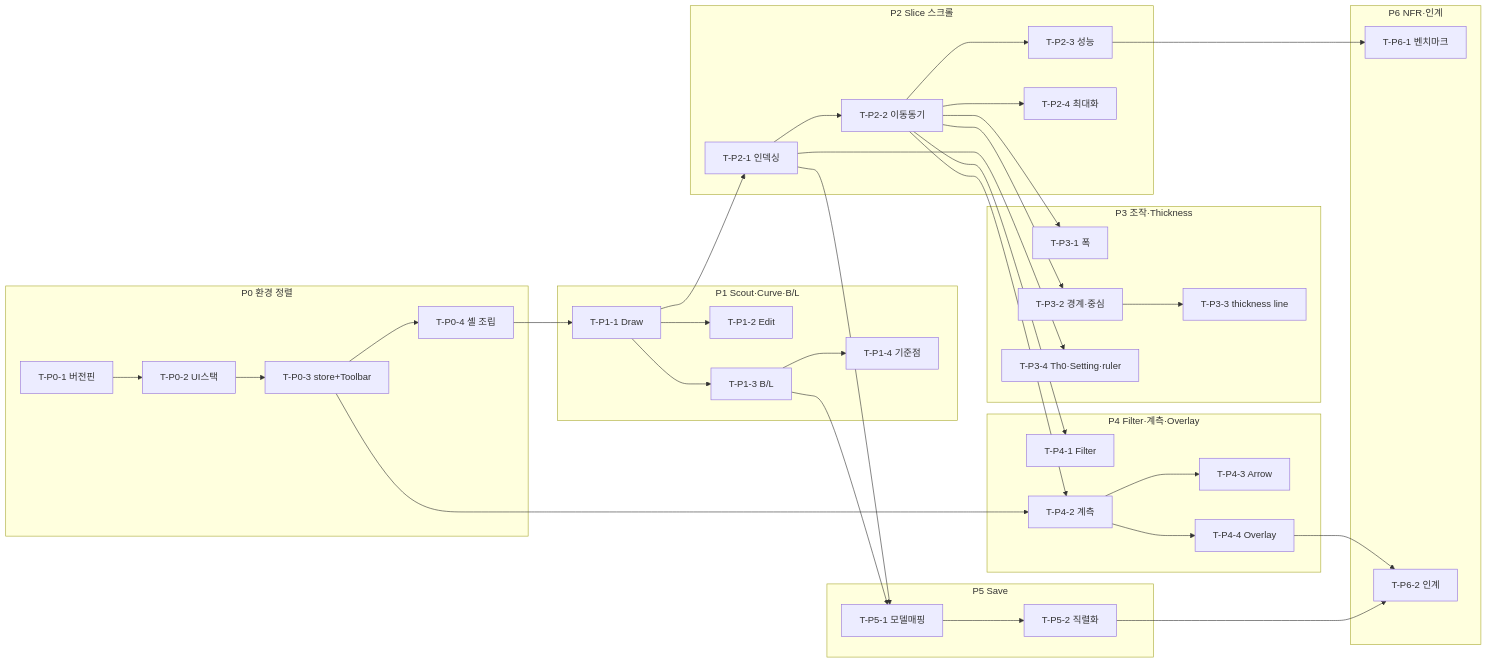
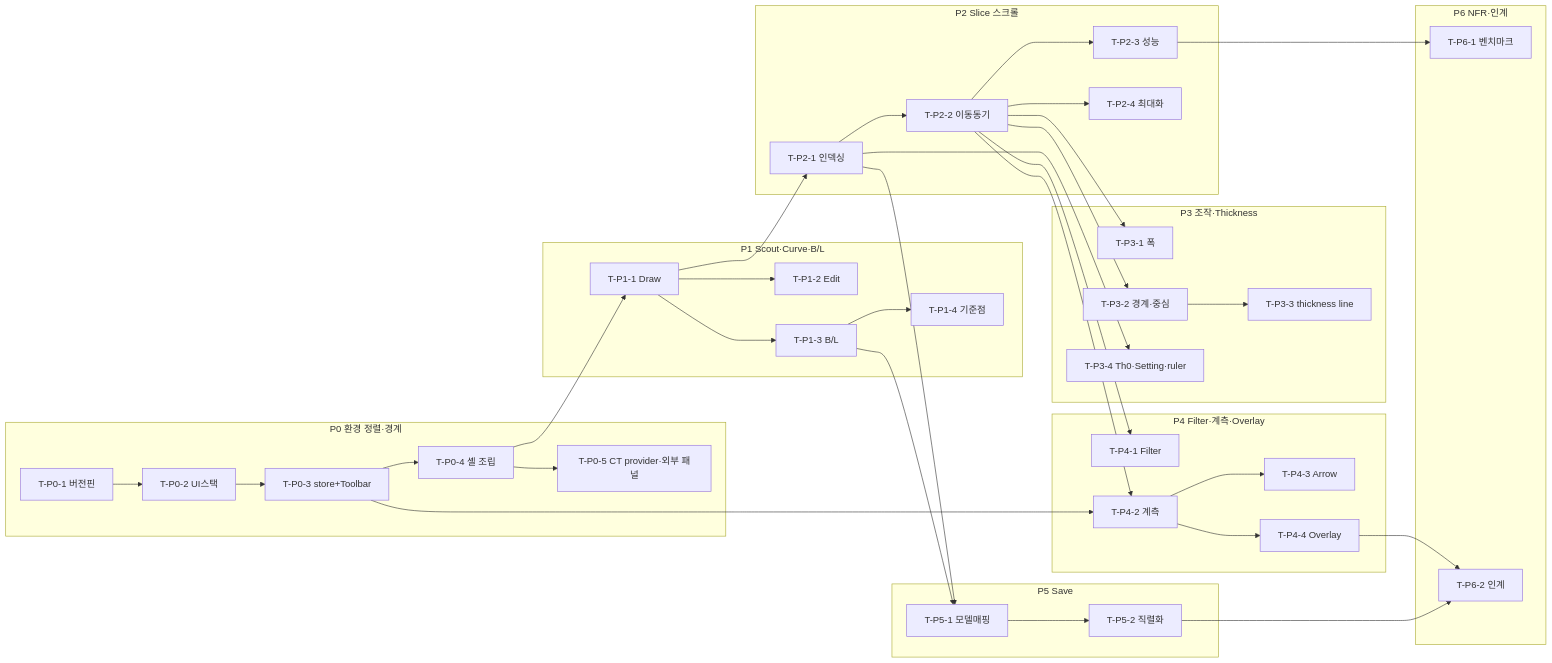
The diagram in docs/SCP Cloud Server 연구/뷰어 관련 연구/WebSectionView/Cloud Web Viewer v1.3.2/Section-Module-ImplementationPlan.md (gracegyu/scp-architecture), drawn with Mermaid before and after one commit. The commit also changed other lines of this file and 1 other file, not shown here.

````diff
--- a/docs/SCP Cloud Server 연구/뷰어 관련 연구/WebSectionView/Cloud Web Viewer v1.3.2/Section-Module-ImplementationPlan.md
+++ b/docs/SCP Cloud Server 연구/뷰어 관련 연구/WebSectionView/Cloud Web Viewer v1.3.2/Section-Module-ImplementationPlan.md
@@ -455,40 +471,41 @@
 ```mermaid
 flowchart LR
-  subgraph P0[P0 환경 정렬]
+  subgraph P0[P0 환경 정렬·경계]
     T0a[T-P0-1 버전핀] --> T0b[T-P0-2 UI스택] --> T0c[T-P0-3 store+Toolbar] --> T0d[T-P0-4 셸 조립]
+    T0d --> T0e[T-P0-5 CT provider·외부 패널]
   end
   subgraph P1[P1 Scout·Curve·B/L]
     T1a[T-P1-1 Draw] --> T1b[T-P1-2 Edit]
     T1a --> T1c[T-P1-3 B/L] --> T1d[T-P1-4 기준점]
   end
   subgraph P2[P2 Slice 스크롤]
     T2a[T-P2-1 인덱싱] --> T2b[T-P2-2 이동동기] --> T2c[T-P2-3 성능]
     T2b --> T2d[T-P2-4 최대화]
   end
   subgraph P3[P3 조작·Thickness]
     T3a[T-P3-1 폭] 
     T3b[T-P3-2 경계·중심] --> T3c[T-P3-3 thickness line]
     T3d[T-P3-4 Th0·Setting·ruler]
   end
   subgraph P4[P4 Filter·계측·Overlay]
     T4a[T-P4-1 Filter]
     T4b[T-P4-2 계측] --> T4c[T-P4-3 Arrow]
     T4b --> T4d[T-P4-4 Overlay]
   end
   subgraph P5[P5 Save]
     T5a[T-P5-1 모델매핑] --> T5b[T-P5-2 직렬화]
   end
   subgraph P6[P6 NFR·인계]
     T6a[T-P6-1 벤치마크]
     T6b[T-P6-2 인계]
   end
   T0d --> T1a
   T1a --> T2a
   T2b --> T3a & T3b & T4a & T4b
   T2a --> T3d & T5a
   T0c --> T4b
   T1c --> T5a
   T2c --> T6a
   T5b --> T6b
   T4d --> T6b
 ```
````
